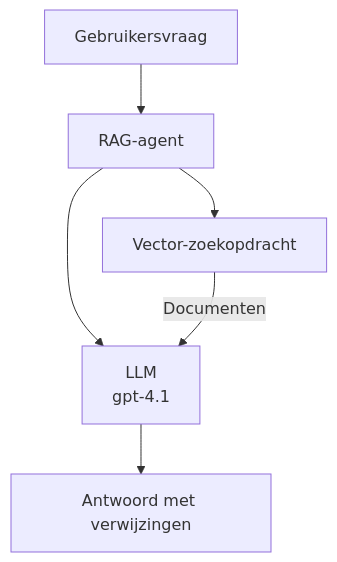
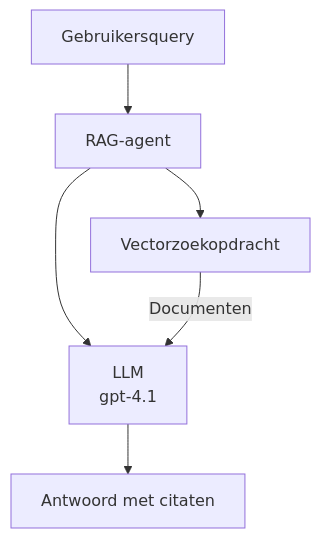
Before and after one commit to microsoft/AZD-for-beginners: the second of 3 diagrams in translations/nl/docs/chapter-02-ai-development/agents.md, drawn with Mermaid. The commit also changed other lines of this file and 101 other files, not shown here.

````diff
--- a/translations/nl/docs/chapter-02-ai-development/agents.md
+++ b/translations/nl/docs/chapter-02-ai-development/agents.md
@@ -170,8 +175,8 @@
 ```mermaid
 graph TD
-    Query[Gebruikersvraag] --> RAG[RAG-agent]
-    RAG --> Vector[Vector-zoekopdracht]
+    Query[Gebruikersquery] --> RAG[RAG-agent]
+    RAG --> Vector[Vectorzoekopdracht]
     RAG --> LLM[LLM<br/>gpt-4.1]
     Vector -- Documenten --> LLM
-    LLM --> Response[Antwoord met verwijzingen]
+    LLM --> Response[Antwoord met citaten]
 ```
````
